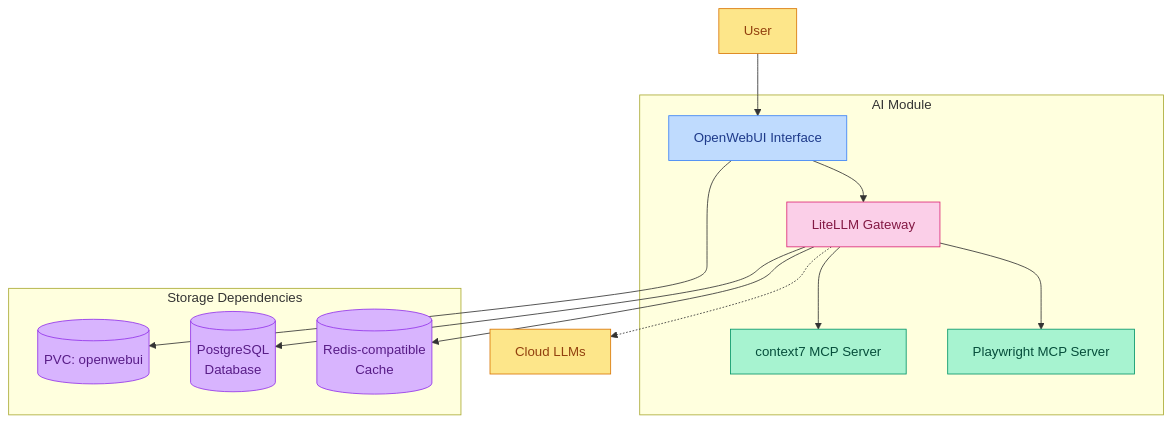
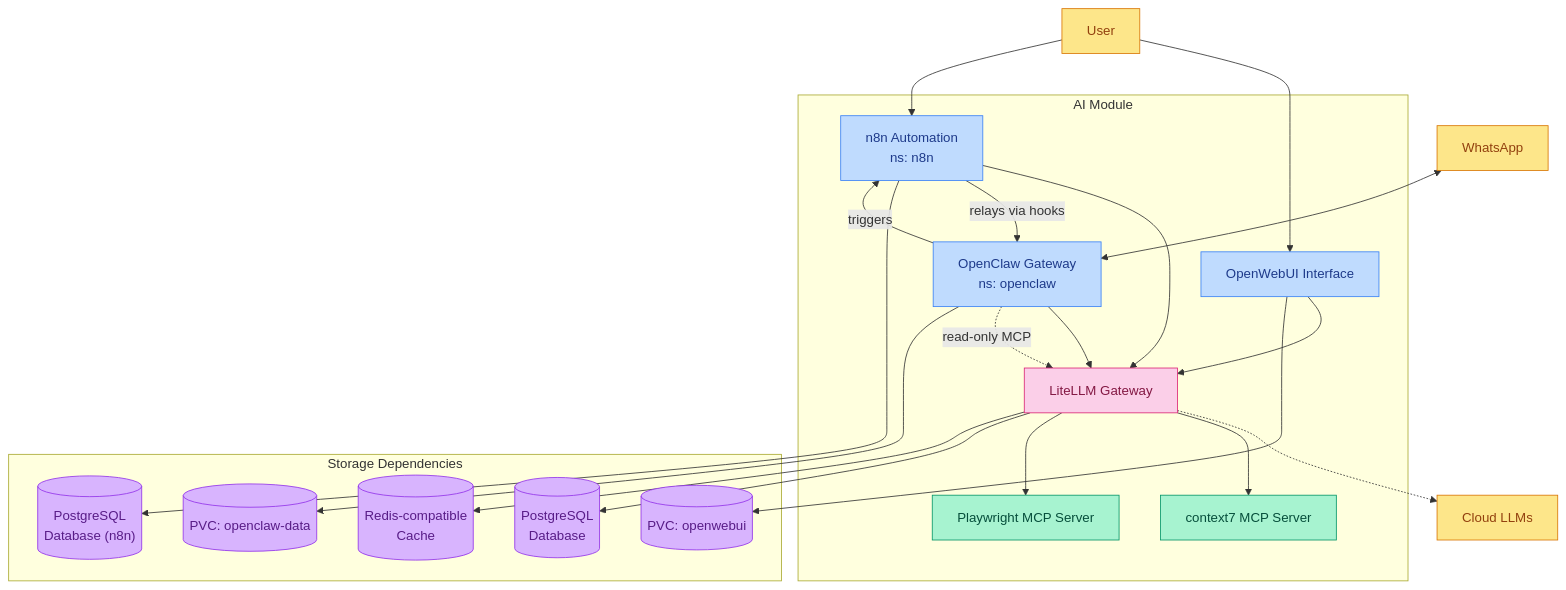
Before and after one commit to ppat/homelab-ops-kubernetes-apps: the diagram in apps/subsystems/ai/README.md, drawn with Mermaid. The commit also changed other lines of this file and 38 other files, not shown here.

First line of the commit message:
feat(apps-ai): add n8n workflow automation and openclaw assistant gateway

````diff
--- a/apps/subsystems/ai/README.md
+++ b/apps/subsystems/ai/README.md
@@ -31,42 +39,57 @@
 ```mermaid
 flowchart TB
     %% Color scheme with good contrast for light/dark themes
     classDef core fill:#a7f3d0,stroke:#059669,color:#064e3b
     classDef ui fill:#bfdbfe,stroke:#3b82f6,color:#1e3a8a
     classDef gateway fill:#fbcfe8,stroke:#db2777,color:#831843
     classDef storage fill:#d8b4fe,stroke:#9333ea,color:#581c87
     classDef external fill:#fde68a,stroke:#d97706,color:#92400e
     classDef legend fill:none,stroke:none,color:#6b7280
 
     %% External Access
     user[User]:::external
+    whatsapp[WhatsApp]:::external
     cloud[Cloud LLMs]:::external
 
     %% Core Components - Module Provided
     subgraph module[AI Module]
         openwebui[OpenWebUI Interface]:::ui
         litellm[LiteLLM Gateway]:::gateway
         context7[context7 MCP Server]:::core
         playwright[Playwright MCP Server]:::core
+        n8n[n8n Automation<br/>ns: n8n]:::ui
+        openclaw[OpenClaw Gateway<br/>ns: openclaw]:::ui
     end
 
     %% Storage Components - Dependencies
     subgraph storage[Storage Dependencies]
         openwebui_pvc[(PVC: openwebui)]:::storage
         litellm_db[("PostgreSQL<br/>Database")]:::storage
         litellm_cache[("Redis-compatible<br/>Cache")]:::storage
+        n8n_db[("PostgreSQL<br/>Database (n8n)")]:::storage
+        openclaw_pvc[(PVC: openclaw-data)]:::storage
     end
 
     %% Relationships
     user --> openwebui
+    user --> n8n
+    whatsapp <--> openclaw
 
     openwebui --> litellm
+    n8n --> litellm
+    openclaw --> litellm
     litellm -.-> cloud
 
     litellm --> context7
     litellm --> playwright
+    openclaw -.->|read-only MCP| litellm
+
+    openclaw -->|triggers| n8n
+    n8n -->|relays via hooks| openclaw
 
     openwebui --> openwebui_pvc
     litellm --> litellm_db
     litellm --> litellm_cache
+    n8n --> n8n_db
+    openclaw --> openclaw_pvc
 ```
````
